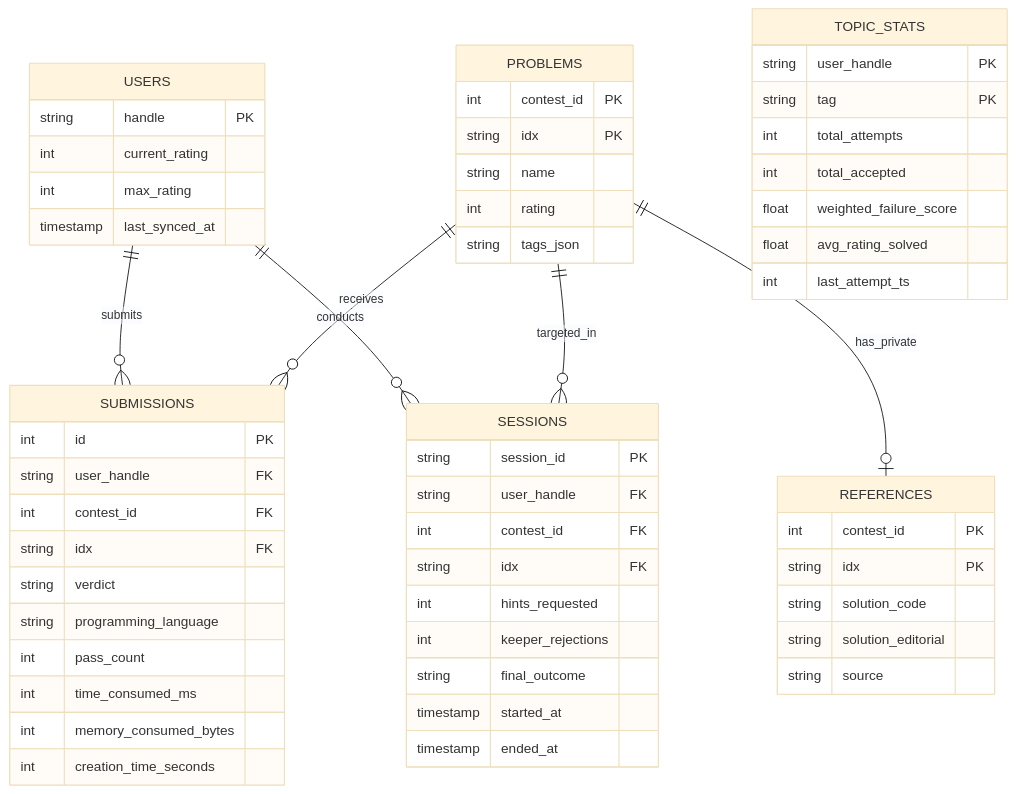
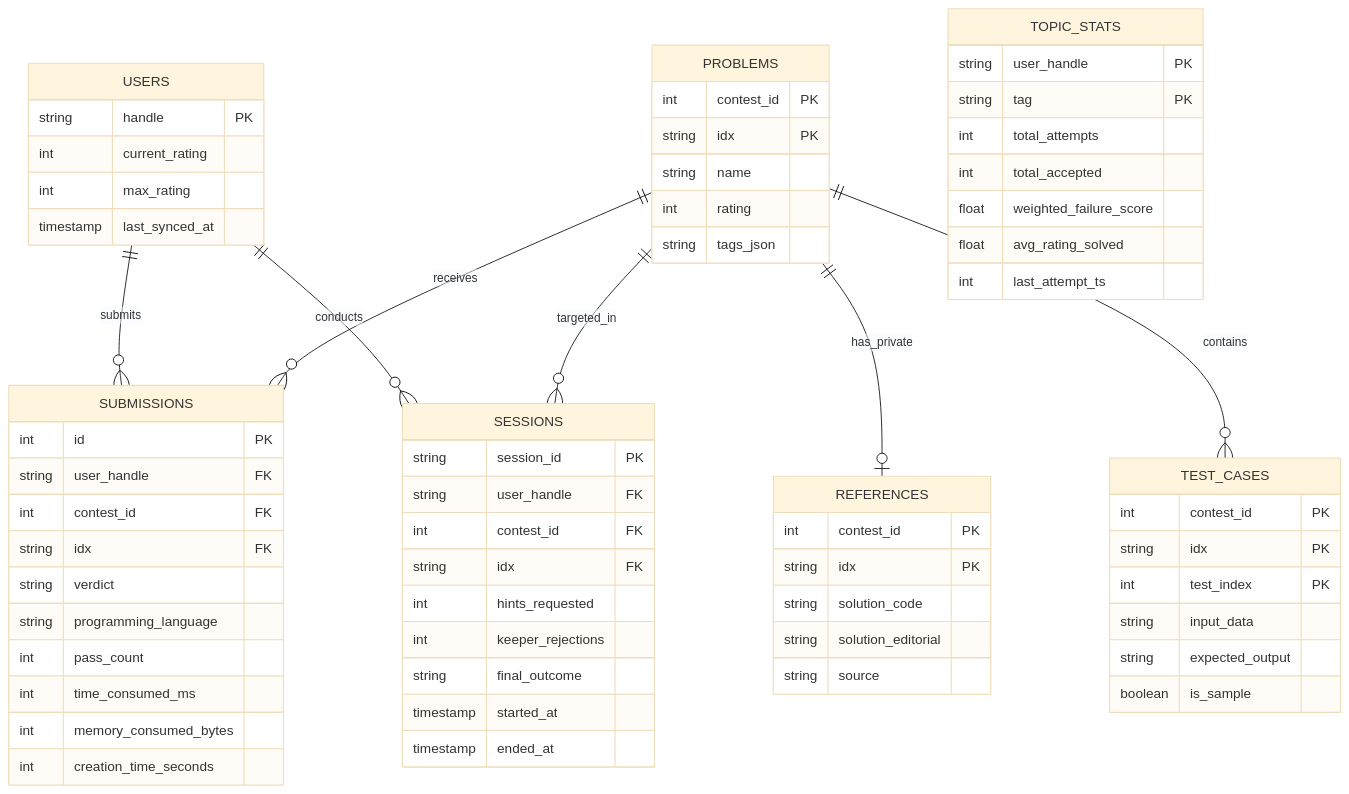
The third of 3 diagrams in ARCHITECTURE.md (aviraltrip/Son-of-Aviral-CP-Coach), drawn with Mermaid (base theme) before and after one commit. The commit also changed other lines of this file and 2 other files, not shown here.

````diff
--- a/ARCHITECTURE.md
+++ b/ARCHITECTURE.md
@@ -88,66 +101,76 @@
 ```mermaid
 erDiagram
     USERS ||--o{ SUBMISSIONS : submits
     USERS ||--o{ SESSIONS : conducts
     PROBLEMS ||--o{ SUBMISSIONS : receives
     PROBLEMS ||--o| REFERENCES : has_private
+    PROBLEMS ||--o{ TEST_CASES : contains
     PROBLEMS ||--o{ SESSIONS : targeted_in
 
     USERS {
         string handle PK
         int current_rating
         int max_rating
         timestamp last_synced_at
     }
 
     PROBLEMS {
         int contest_id PK
         string idx PK
         string name
         int rating
         string tags_json
     }
 
     SUBMISSIONS {
         int id PK
         string user_handle FK
         int contest_id FK
         string idx FK
         string verdict
         string programming_language
         int pass_count
         int time_consumed_ms
         int memory_consumed_bytes
         int creation_time_seconds
+    }
+
+    TEST_CASES {
+        int contest_id PK
+        string idx PK
+        int test_index PK
+        string input_data
+        string expected_output
+        boolean is_sample
     }
 
     TOPIC_STATS {
         string user_handle PK
         string tag PK
         int total_attempts
         int total_accepted
         float weighted_failure_score
         float avg_rating_solved
         int last_attempt_ts
     }
 
     SESSIONS {
         string session_id PK
         string user_handle FK
         int contest_id FK
         string idx FK
         int hints_requested
         int keeper_rejections
         string final_outcome
         timestamp started_at
         timestamp ended_at
     }
 
     REFERENCES {
         int contest_id PK
         string idx PK
         string solution_code
         string solution_editorial
         string source
     }
 ```
````
